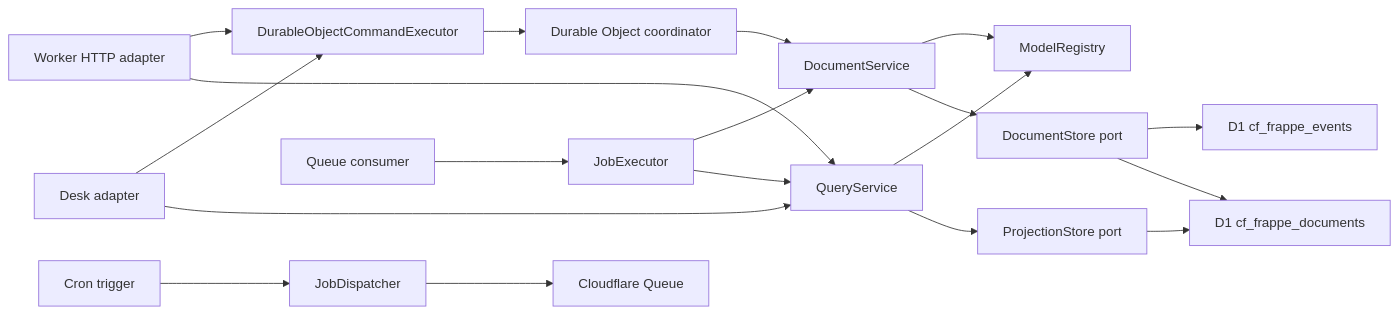
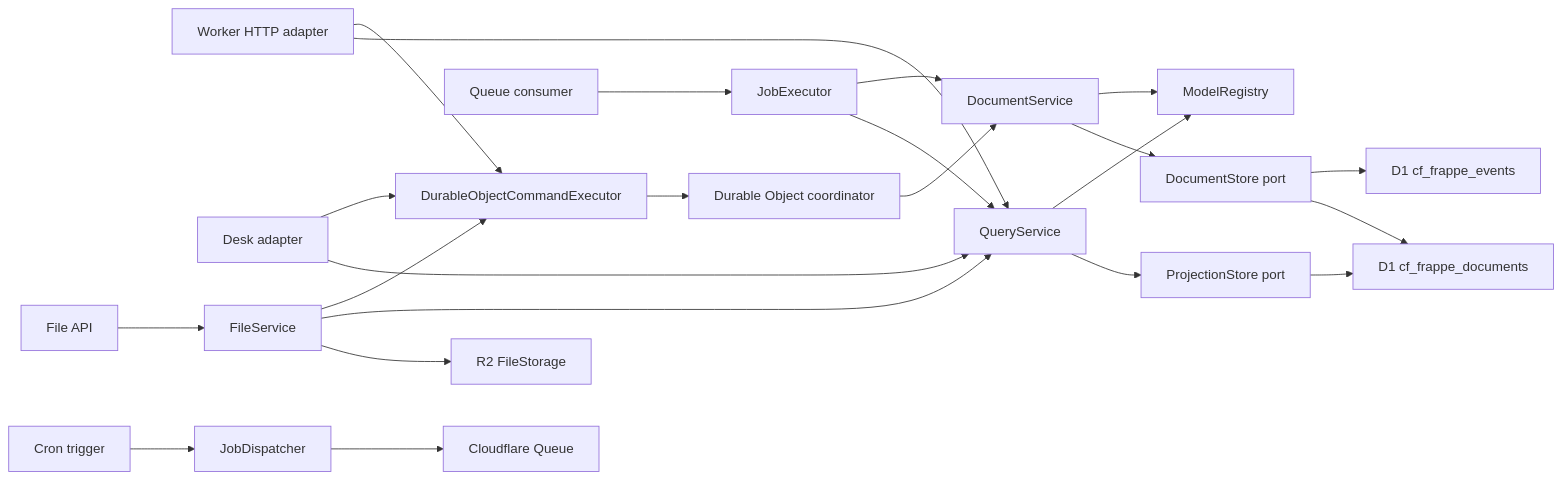
One commit to victor-develop/cf-frappe changed the diagram in README.md. Above: the diagram before and after it, drawn with Mermaid. The commit also changed other lines of this file and 21 other files, not shown here.

````diff
--- a/README.md
+++ b/README.md
@@ -191,21 +243,25 @@
 ```mermaid
 flowchart LR
   HTTP["Worker HTTP adapter"] --> DOCLIENT["DurableObjectCommandExecutor"]
   DESK["Desk adapter"] --> DOCLIENT
   DESK --> QUERY
   CRON["Cron trigger"] --> JOBS["JobDispatcher"]
   QUEUE["Queue consumer"] --> EXEC["JobExecutor"]
+  FILES["File API"] --> FSVC["FileService"]
+  FSVC --> DOCLIENT
+  FSVC --> QUERY
+  FSVC --> R2["R2 FileStorage"]
   JOBS --> CFQ["Cloudflare Queue"]
   EXEC --> APP
   EXEC --> QUERY
   DOCLIENT --> DO["Durable Object coordinator"]
   DO --> APP["DocumentService"]
   HTTP --> QUERY["QueryService"]
   APP --> REG["ModelRegistry"]
   QUERY --> REG
   APP --> STORE["DocumentStore port"]
   QUERY --> PS["ProjectionStore port"]
   STORE --> D1E["D1 cf_frappe_events"]
   STORE --> D1P["D1 cf_frappe_documents"]
   PS --> D1P
 ```
````
